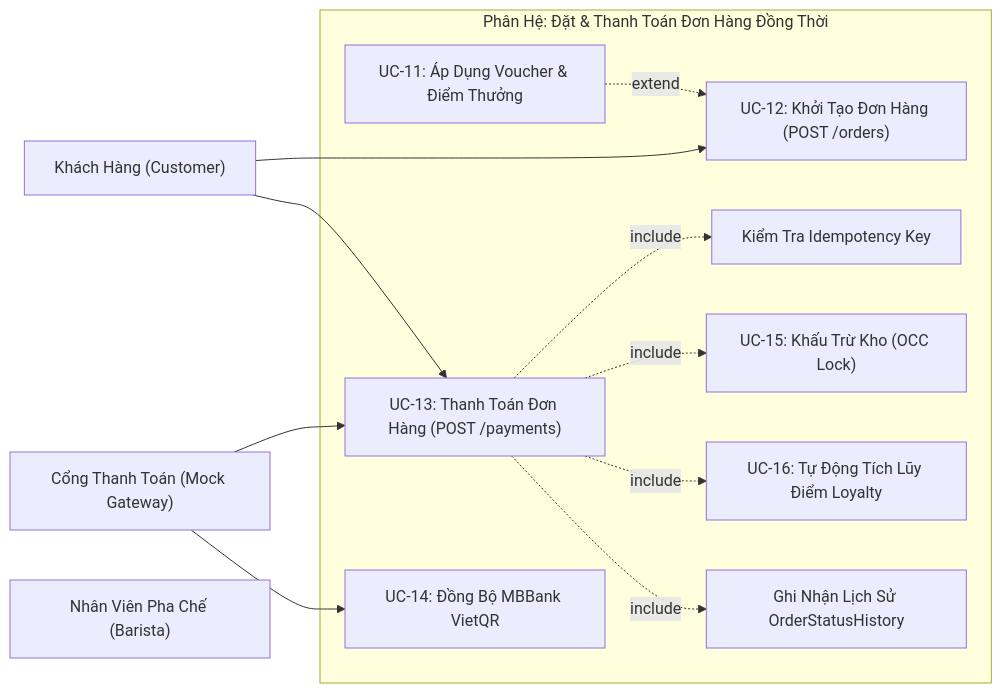
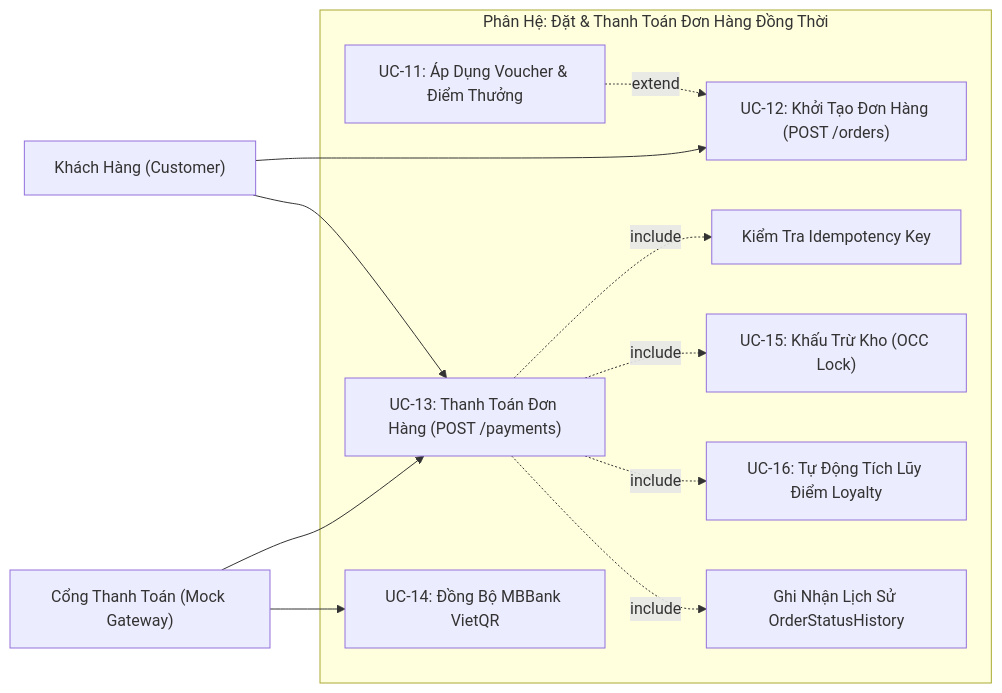
Before and after one commit to hanhdevsgu/BrewLite-Assignment2: the diagram in docs/requirements/use-case-checkout.md, drawn with Mermaid. The commit also changed other lines of this file, not shown here.

Commit message:
docs(requirements): sync Idempotency-Key header, link focused usecase diagram, and polish wording in use-case-checkout.md

````diff
--- a/docs/requirements/use-case-checkout.md
+++ b/docs/requirements/use-case-checkout.md
@@ -11,29 +13,28 @@
 ```mermaid
 graph LR
     Customer["Khách Hàng (Customer)"]
     PaymentGW["Cổng Thanh Toán (Mock Gateway)"]
-    Barista["Nhân Viên Pha Chế (Barista)"]
 
     subgraph Scope["Phân Hệ: Đặt & Thanh Toán Đơn Hàng Đồng Thời"]
         UC_CreateOrder["UC-12: Khởi Tạo Đơn Hàng (POST /orders)"]
         UC_ApplyVoucher["UC-11: Áp Dụng Voucher & Điểm Thưởng"]
         UC_PayOrder["UC-13: Thanh Toán Đơn Hàng (POST /payments)"]
         UC_SyncQR["UC-14: Đồng Bộ MBBank VietQR"]
         UC_CheckIdemp["Kiểm Tra Idempotency Key"]
         UC_DeductStock["UC-15: Khấu Trừ Kho (OCC Lock)"]
         UC_Loyalty["UC-16: Tự Động Tích Lũy Điểm Loyalty"]
         UC_History["Ghi Nhận Lịch Sử OrderStatusHistory"]
     end
 
     Customer --> UC_CreateOrder
     Customer --> UC_PayOrder
     UC_ApplyVoucher -.->|extend| UC_CreateOrder
 
     UC_PayOrder -.->|include| UC_CheckIdemp
     UC_PayOrder -.->|include| UC_DeductStock
     UC_PayOrder -.->|include| UC_Loyalty
     UC_PayOrder -.->|include| UC_History
 
     PaymentGW --> UC_PayOrder
     PaymentGW --> UC_SyncQR
 ```
````
